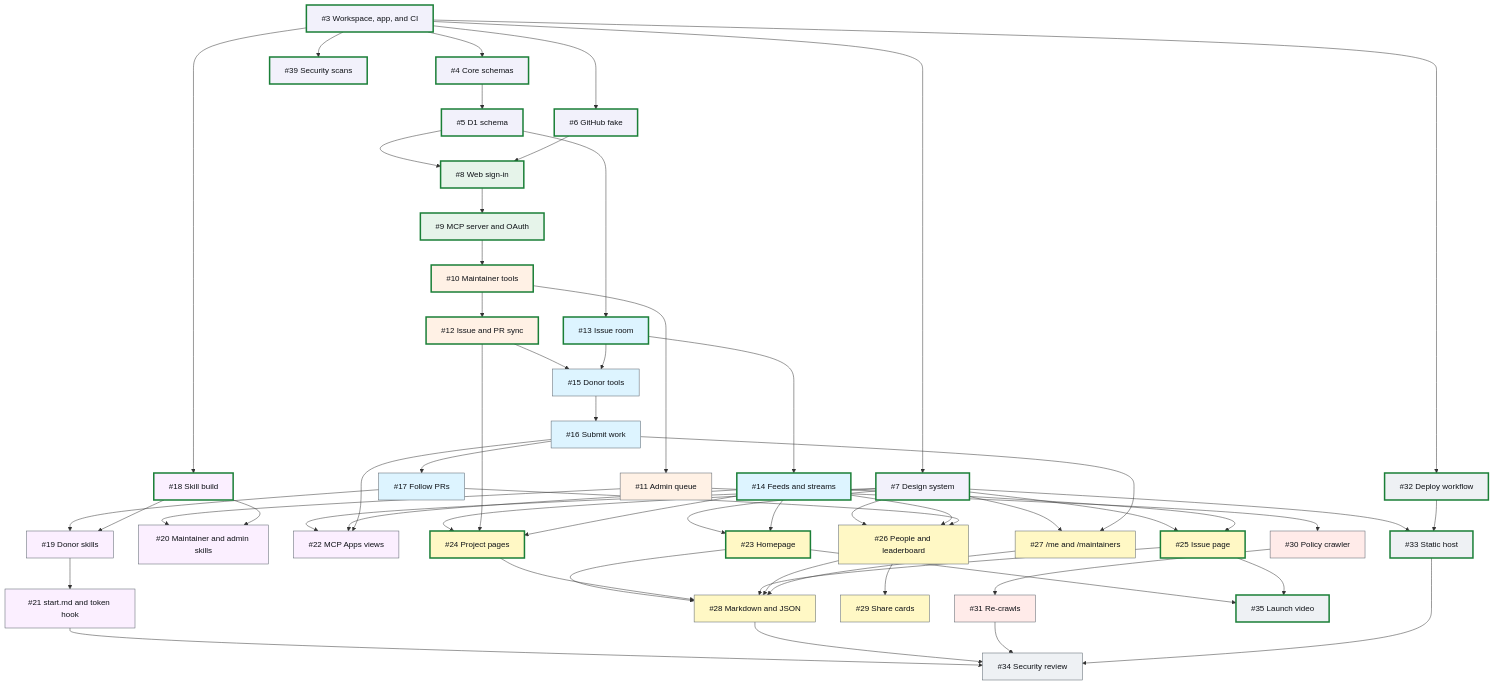
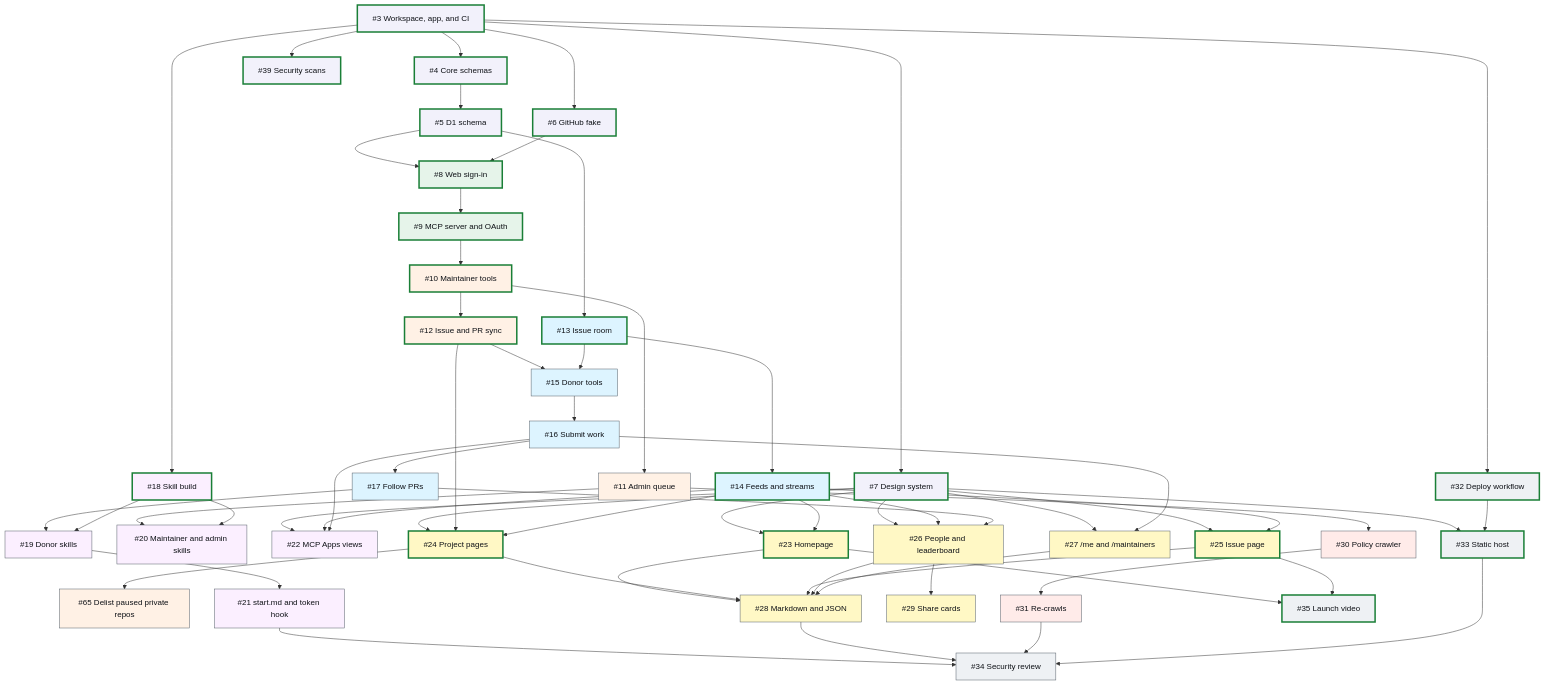
The diagram in ROADMAP.md (meanwhileso/goodfirsttoken), drawn with Mermaid before and after one commit. The commit also changed other lines of this file and 3 other files, not shown here.

```diff
--- a/ROADMAP.md
+++ b/ROADMAP.md
@@ -133,6 +134,7 @@
   n10["#10 Maintainer tools"]:::m3
   n11["#11 Admin queue"]:::m3
   n12["#12 Issue and PR sync"]:::m3
+  n65["#65 Delist paused private repos"]:::m3
   n13["#13 Issue room"]:::m4
   n14["#14 Feeds and streams"]:::m4
   n15["#15 Donor tools"]:::m4
@@ -201,6 +203,7 @@
   n23 --> n28
   n23 --> n35
   n24 --> n28
+  n24 --> n65
   n25 --> n28
   n25 --> n35
   n26 --> n28
```
